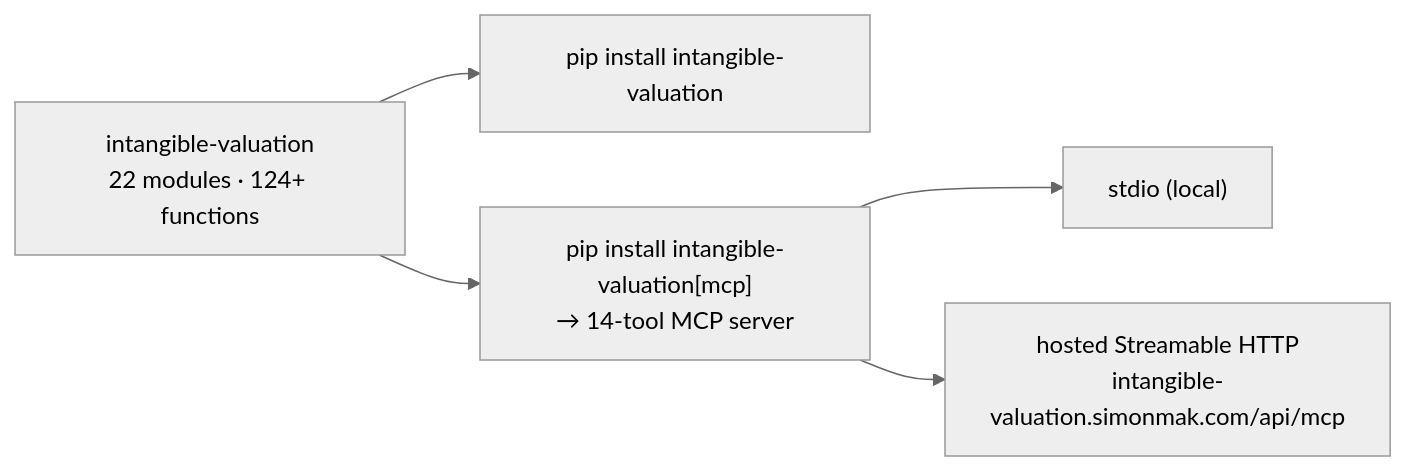
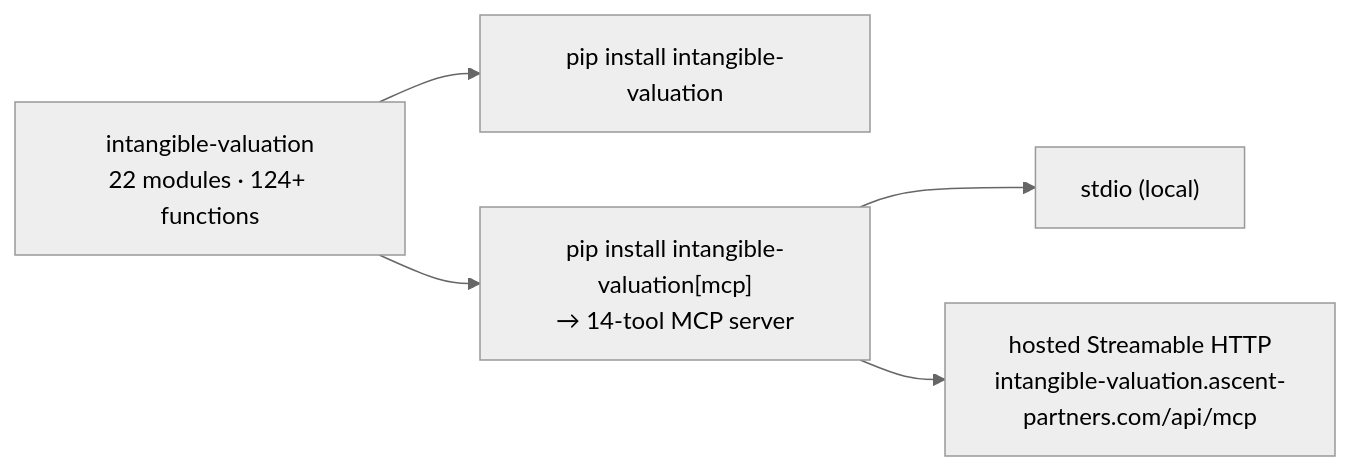
The third of 3 diagrams in README.md (simonmak-ascent/intangible-valuation), drawn with Mermaid (neutral theme) before and after one commit. The commit also changed other lines of this file and 22 other files, not shown here.

First line of the commit message:
chore: point hosted MCP + canonical URLs at the migrated ecs-01 host

````diff
--- a/README.md
+++ b/README.md
@@ -191,7 +191,7 @@
 ```mermaid
 flowchart LR
     PKG["intangible-valuation<br/>22 modules · 124+ functions"] --> L["pip install intangible-valuation"]
     PKG --> MP["pip install intangible-valuation[mcp]<br/>→ 14-tool MCP server"]
     MP --> T1["stdio (local)"]
-    MP --> T2["hosted Streamable HTTP<br/>intangible-valuation.simonmak.com/api/mcp"]
+    MP --> T2["hosted Streamable HTTP<br/>intangible-valuation.ascent-partners.com/api/mcp"]
 ```
````
